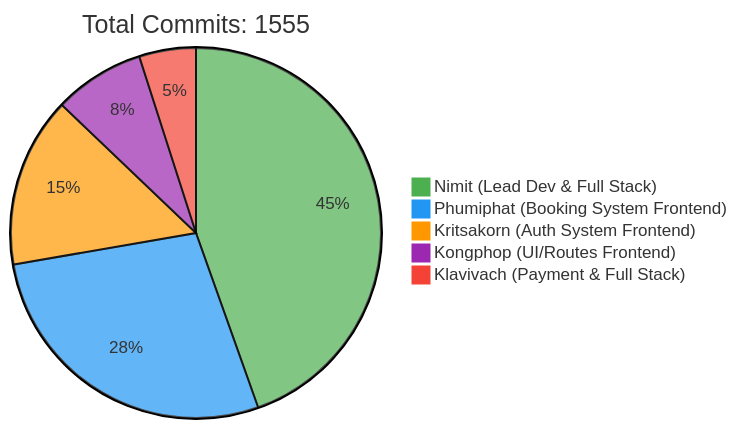
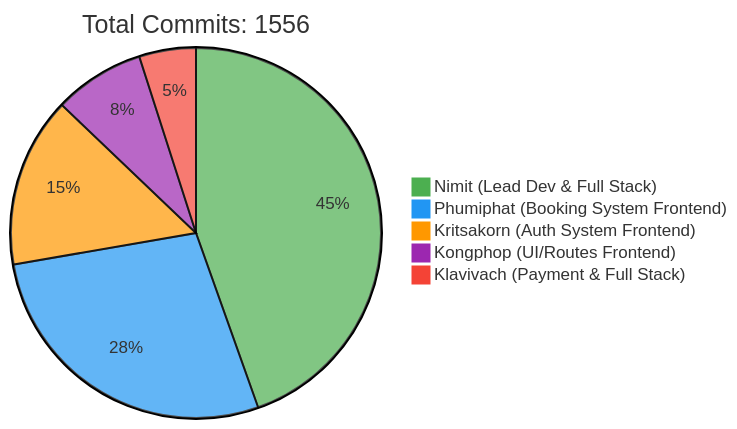
The first of 2 diagrams in README.md (6531503042/Sport-Complex), drawn with Mermaid before and after one commit. The commit also changed other lines of this file, not shown here.

Commit message:
docs: Update contributor statistics [skip ci]

````diff
--- a/README.md
+++ b/README.md
@@ -257,10 +257,10 @@
 ```mermaid
 %%{init: {'theme': 'base', 'themeVariables': { 'pie1': '#4CAF50', 'pie2': '#2196F3', 'pie3': '#FF9800', 'pie4': '#9C27B0', 'pie5': '#F44336'}}}%%
 pie
-    title Total Commits: 1555
+    title Total Commits: 1556
     "Nimit (Lead Dev & Full Stack)" : 450
     "Phumiphat (Booking System Frontend)" : 280
     "Kritsakorn (Auth System Frontend)" : 150
     "Kongphop (UI/Routes Frontend)" : 80
     "Klavivach (Payment & Full Stack)" : 50
 ```
````
